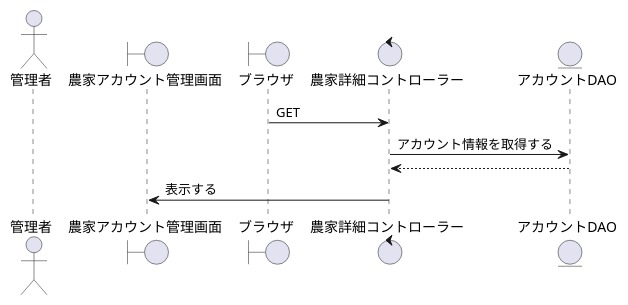
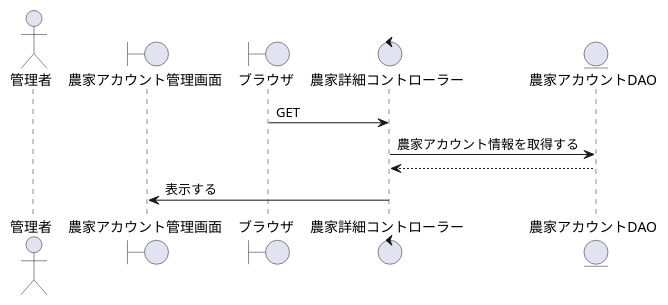
One commit to SK-B-S/PJ changed the diagram in PJ_シーケンス/管理者/農家アカウント管理表示.wsd. Above: the diagram before and after it, drawn with PlantUML. The commit also changed 13 other files, not shown here.

```diff
--- a/PJ_シーケンス/管理者/農家アカウント管理表示.wsd
+++ b/PJ_シーケンス/管理者/農家アカウント管理表示.wsd
@@ -1,16 +1,16 @@
 @startuml 農家アカウント管理表示
 
 actor    "管理者" as act
 boundary "農家アカウント管理画面" as Farmer_management_s
 boundary "ブラウザ" as brz
 control  "農家詳細コントローラー" as Acquisition_c
-entity   "アカウントDAO" as Account_DAO
+entity   "農家アカウントDAO" as Account_DAO
 
 '-------------------------------------------------------------------------------------------
 
 brz -> Acquisition_c : GET
-Acquisition_c -> Account_DAO : アカウント情報を取得する
+Acquisition_c -> Account_DAO : 農家アカウント情報を取得する
 Acquisition_c <-- Account_DAO
 Farmer_management_s <- Acquisition_c : 表示する
 
 @enduml
```
